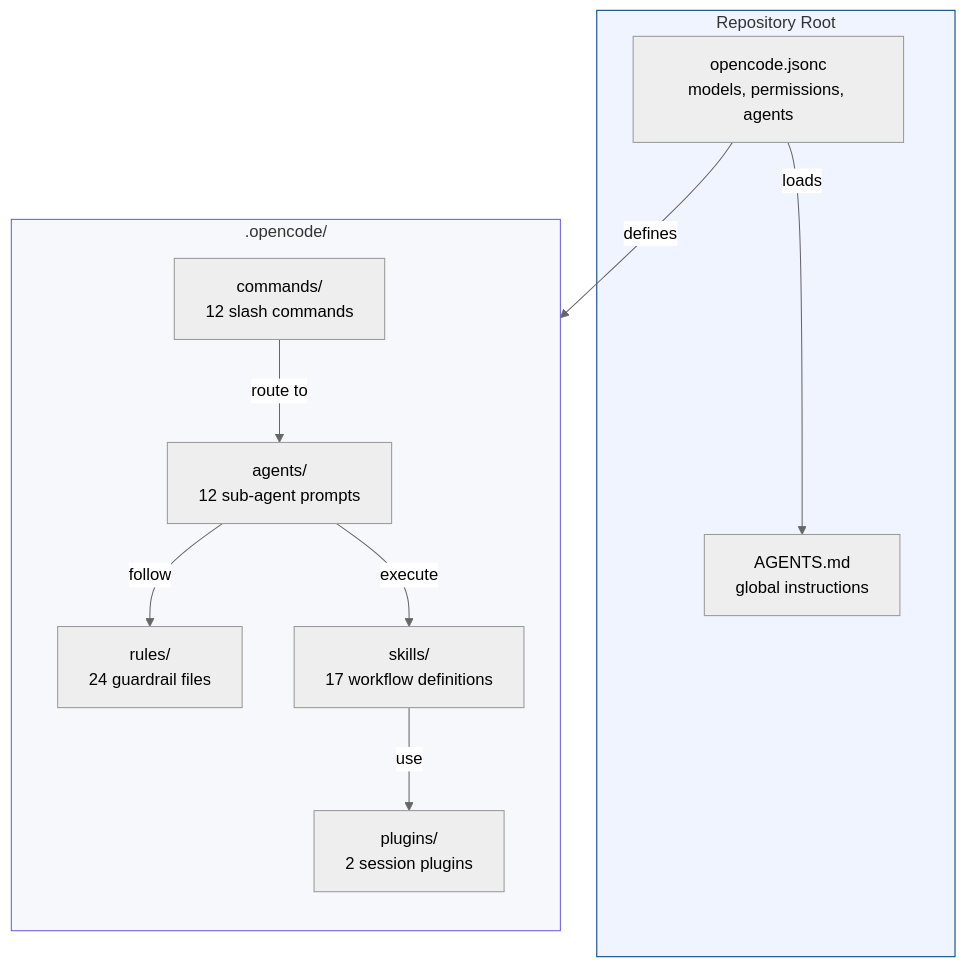
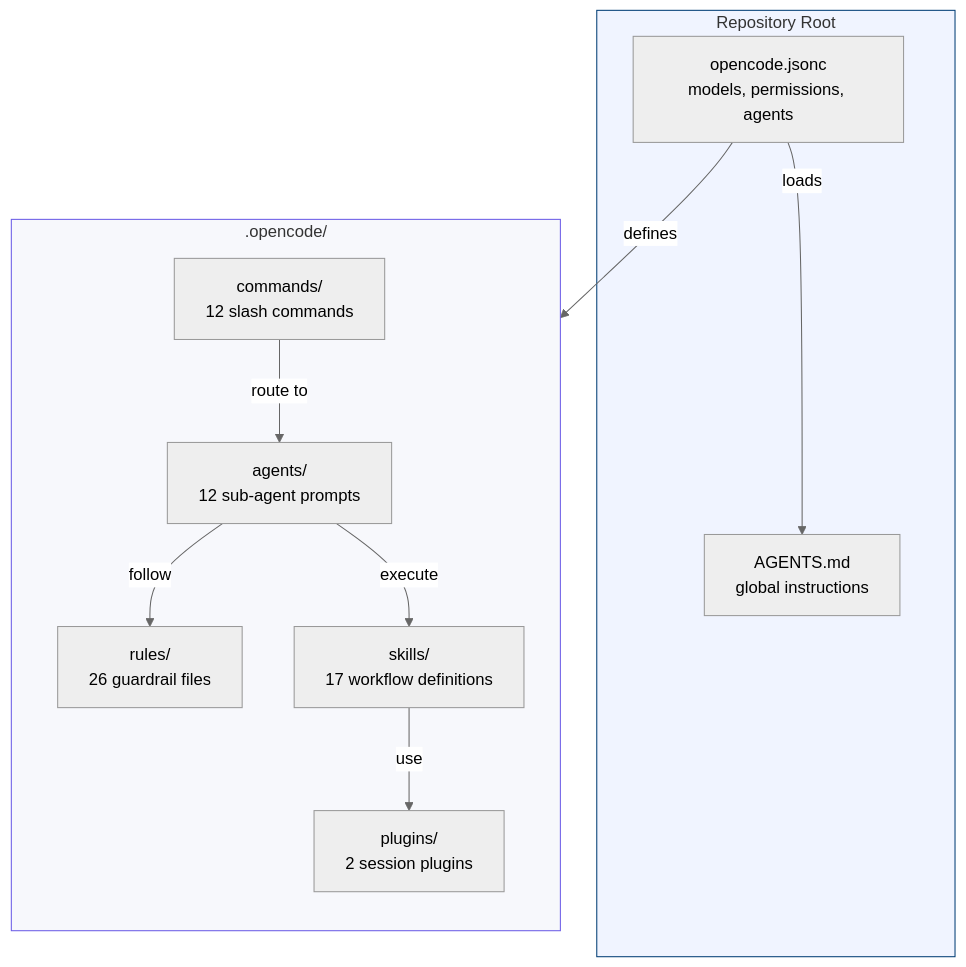
Before and after one commit to sean8601/mockserver-monorepo: the first of 7 diagrams in docs/operations/opencode-configuration.md, drawn with Mermaid (neutral theme). The commit also changed other lines of this file and 2 other files, not shown here.

````diff
--- a/docs/operations/opencode-configuration.md
+++ b/docs/operations/opencode-configuration.md
@@ -11,33 +11,33 @@
 ```mermaid
 flowchart TB
     subgraph Root["Repository Root"]
         CONFIG["opencode.jsonc
 models, permissions, agents"]
         AGENTS_MD["AGENTS.md
 global instructions"]
     end
 
     subgraph Harness[".opencode/"]
         direction TB
         AG["agents/
 12 sub-agent prompts"]
         RU["rules/
-24 guardrail files"]
+26 guardrail files"]
         SK["skills/
 17 workflow definitions"]
         CM["commands/
 12 slash commands"]
         PL["plugins/
 2 session plugins"]
     end
 
     CONFIG -->|"loads"| AGENTS_MD
     CONFIG -->|"defines"| AG
     AG -->|"follow"| RU
     AG -->|"execute"| SK
     CM -->|"route to"| AG
     SK -->|"use"| PL
 
     style Root fill:#f0f4ff,stroke:#003d75
     style Harness fill:#f7f8fc,stroke:#6b5ce7
 ```
````
